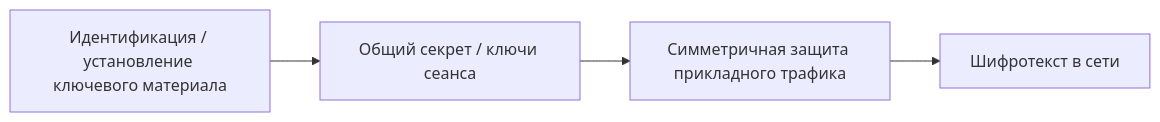
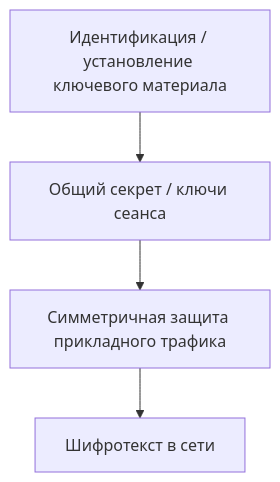
The diagram in docs/course/09-protocol-visibility.md (11ndra/spvo), drawn with Mermaid before and after one commit. The commit also changed 11 other files, not shown here.

````diff
--- a/docs/course/09-protocol-visibility.md
+++ b/docs/course/09-protocol-visibility.md
@@ -348,6 +348,9 @@
 ```mermaid
-flowchart LR
+flowchart TB
     A["Идентификация / установление ключевого материала"] --> K["Общий секрет / ключи сеанса"]
     K --> S["Симметричная защита прикладного трафика"]
     S --> C["Шифротекст в сети"]
+    class A,K mm-control
+    class S mm-analysis
+    class C mm-source
 ```
````
